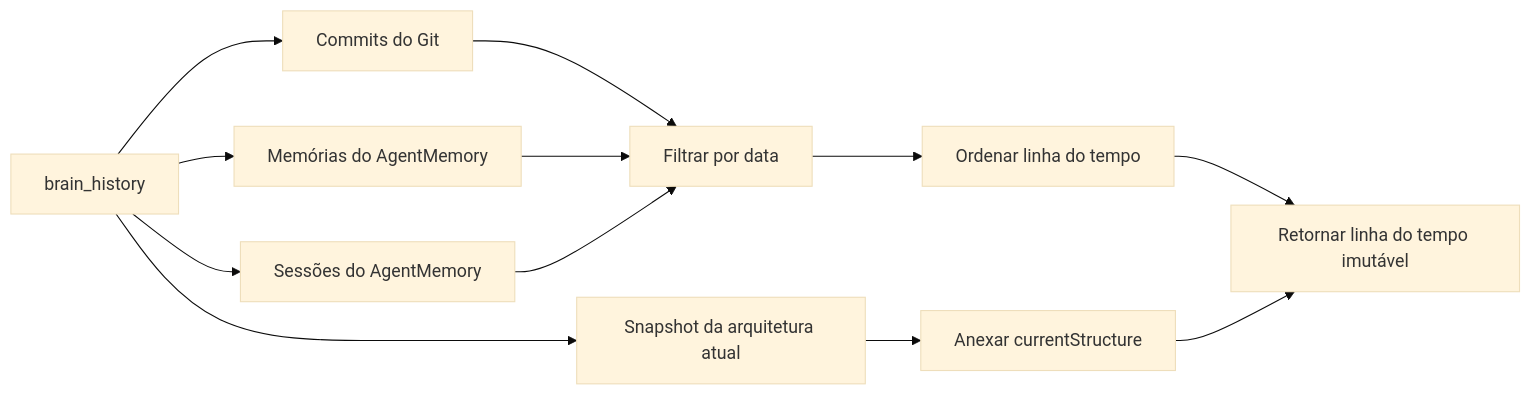
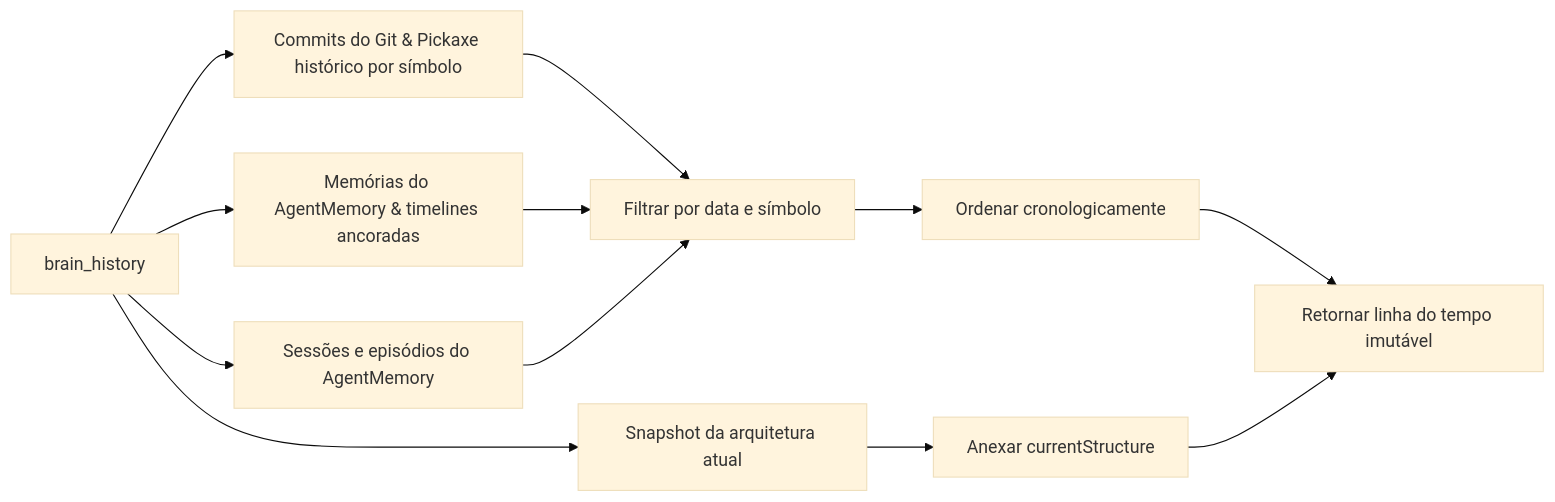
The fifth of 10 diagrams in README-ptbr.md (RaffaHr/mega-brain-mcp), drawn with Mermaid (base theme) before and after one commit. The commit also changed other lines of this file and 1 other file, not shown here.

````diff
--- a/README-ptbr.md
+++ b/README-ptbr.md
@@ -498,27 +469,14 @@
 ```mermaid
-
 flowchart LR
-
-A["brain_history"] --> B["Commits do Git"]
-
-A --> C["Memórias do AgentMemory"]
-
-A --> D["Sessões do AgentMemory"]
-
+A["brain_history"] --> B["Commits do Git & Pickaxe histórico por símbolo"]
+A --> C["Memórias do AgentMemory & timelines ancoradas"]
+A --> D["Sessões e episódios do AgentMemory"]
 A --> E["Snapshot da arquitetura atual"]
-
-B --> F["Filtrar por data"]
-
+B --> F["Filtrar por data e símbolo"]
 C --> F
-
 D --> F
-
-F --> G["Ordenar linha do tempo"]
-
+F --> G["Ordenar cronologicamente"]
 E --> H["Anexar currentStructure"]
-
 G --> I["Retornar linha do tempo imutável"]
-
 H --> I
-
 ```
````
